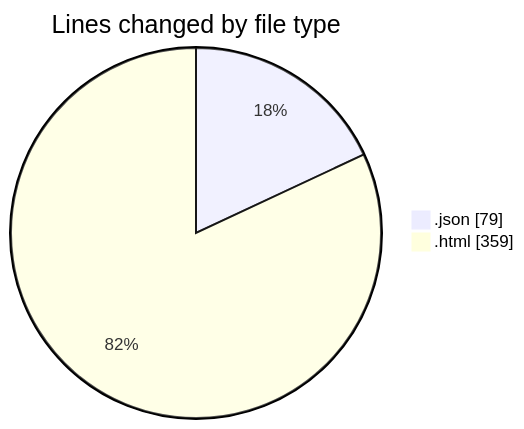
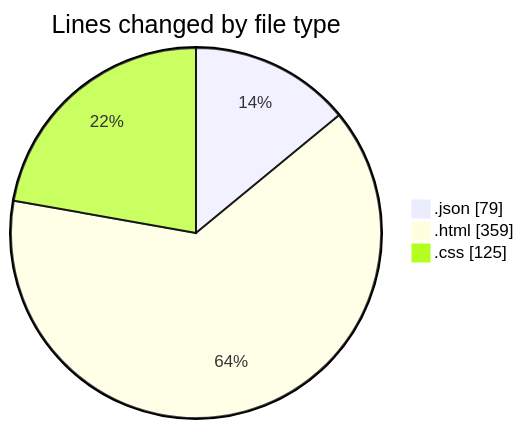
Before and after one commit to IJAZ3593/code-tracking: the first of 2 diagrams in 2025-08-31/abc/README.md, drawn with Mermaid. The commit also changed other lines of this file and 1 other file, not shown here.

````diff
--- a/2025-08-31/abc/README.md
+++ b/2025-08-31/abc/README.md
@@ -21,6 +22,7 @@
 ```mermaid
 pie showData
 title Lines changed by file type
 ".json" : 79
 ".html" : 359
+".css" : 125
 ```
````
